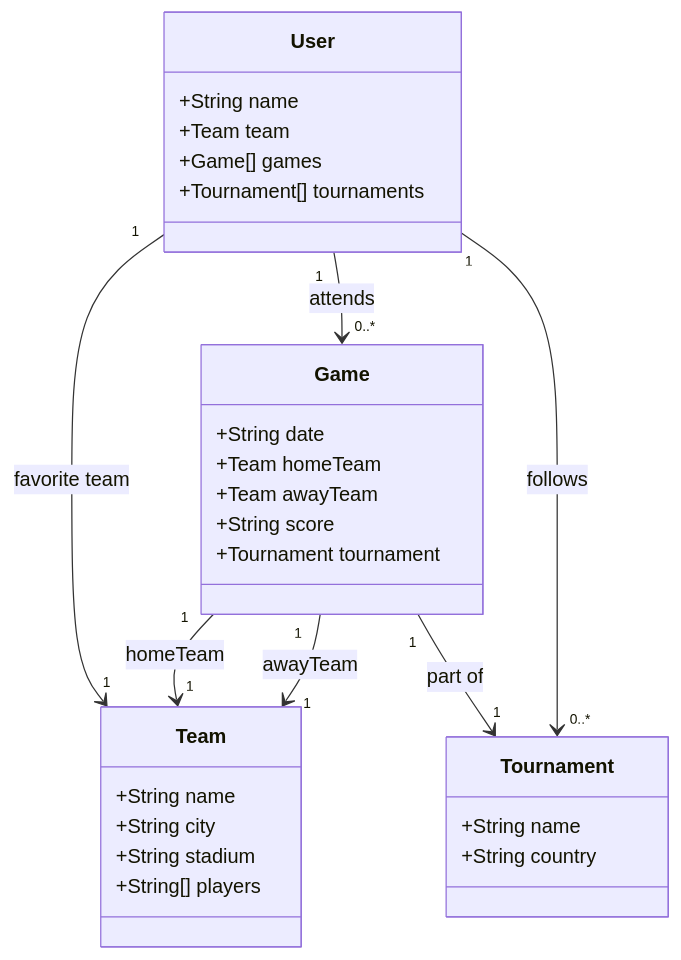
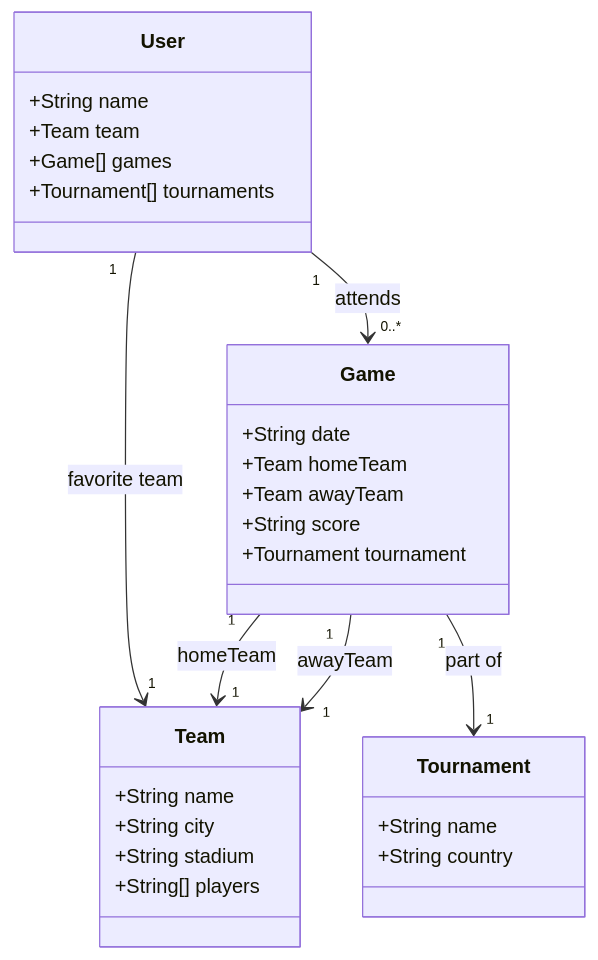
Before and after one commit to PedroFonseca447/Desafio-claro-SpringBoot-2024: the diagram in README.md, drawn with Mermaid.

````diff
--- a/README.md
+++ b/README.md
@@ -4,37 +4,36 @@
 ```mermaid
 classDiagram
     class User {
         +String name
         +Team team
         +Game[] games
         +Tournament[] tournaments
     }
 
     class Team {
         +String name
         +String city
         +String stadium
         +String[] players
     }
 
     class Game {
         +String date
         +Team homeTeam
         +Team awayTeam
         +String score
         +Tournament tournament
     }
 
     class Tournament {
         +String name
         +String country
     }
 
    
     User "1" --> "1" Team : favorite team
     User "1" --> "0..*" Game : attends
-    User "1" --> "0..*" Tournament : follows
     Game "1" --> "1" Team : homeTeam
     Game "1" --> "1" Team : awayTeam
     Game "1" --> "1" Tournament : part of
 ```
````
